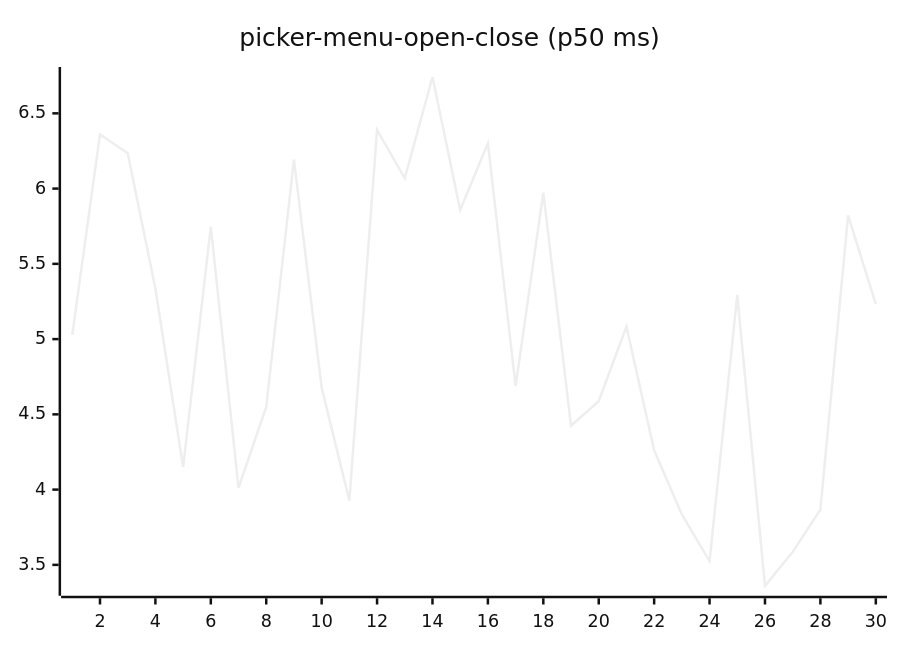
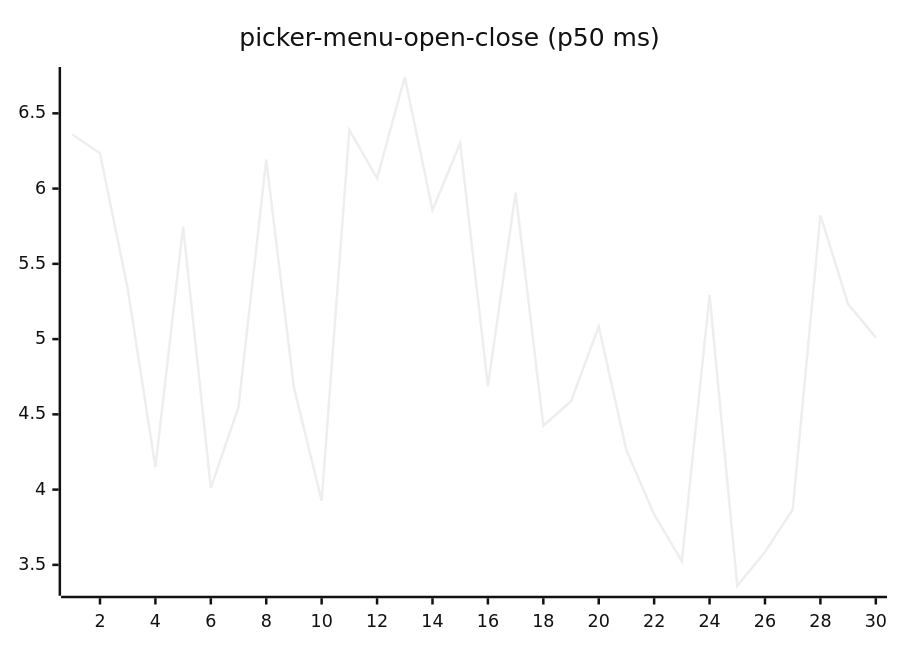
One commit to josha/Facet changed diagram 16 of 27 in README.md. Above: the diagram before and after it, drawn with Mermaid (neutral theme). The commit also changed other lines of this file and 2 other files, not shown here.

````diff
--- a/README.md
+++ b/README.md
@@ -168,6 +168,6 @@
 ```mermaid
 xychart-beta
     title "picker-menu-open-close (p50 ms)"
     x-axis 1 --> 30
-    line [5.0278, 6.3599, 6.2355, 5.3362, 4.1492, 5.7473, 4.0112, 4.5489, 6.1919, 4.6774, 3.9267, 6.3897, 6.0683, 6.7415, 5.8582, 6.3016, 4.6878, 5.9725, 4.4246, 4.5868, 5.0832, 4.2609, 3.8354, 3.5244, 5.2942, 3.3612, 3.5857, 3.8672, 5.8216, 5.2328]
+    line [6.3599, 6.2355, 5.3362, 4.1492, 5.7473, 4.0112, 4.5489, 6.1919, 4.6774, 3.9267, 6.3897, 6.0683, 6.7415, 5.8582, 6.3016, 4.6878, 5.9725, 4.4246, 4.5868, 5.0832, 4.2609, 3.8354, 3.5244, 5.2942, 3.3612, 3.5857, 3.8672, 5.8216, 5.2328, 5.0107]
 ```
````
